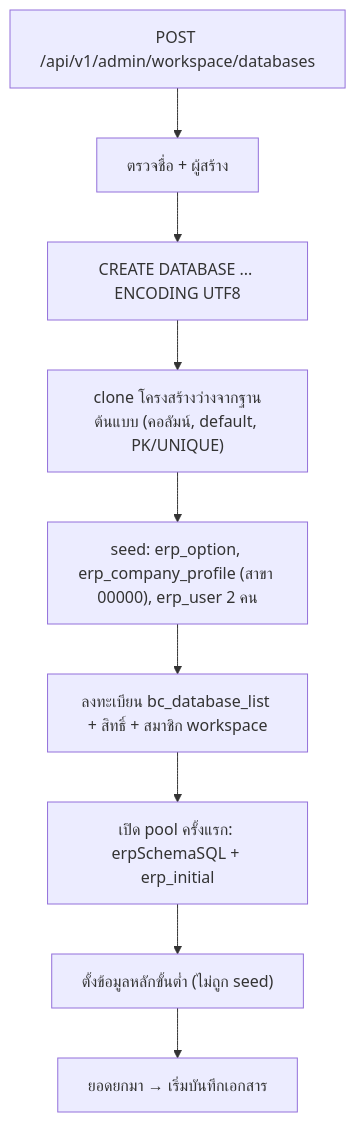
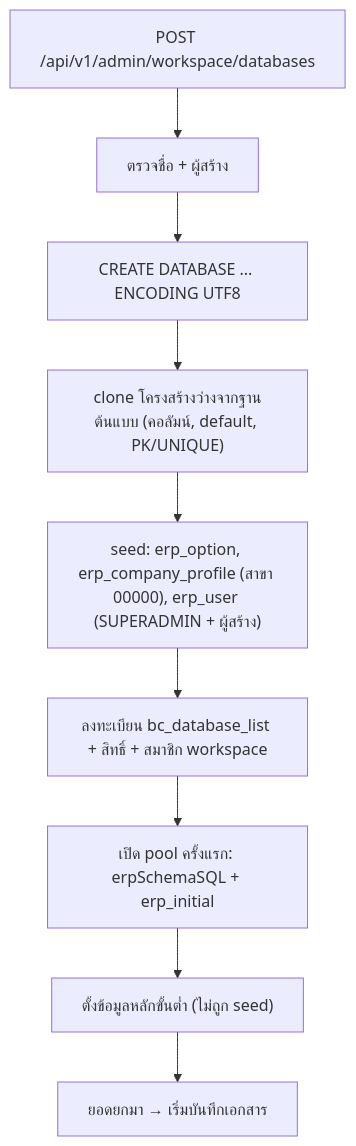
The diagram in vault/flows/flow-new-company-setup.md (jaturapornchai/bcbrain), drawn with Mermaid before and after one commit. The commit also changed other lines of this file and 513 other files, not shown here.

````diff
--- a/vault/flows/flow-new-company-setup.md
+++ b/vault/flows/flow-new-company-setup.md
@@ -13,11 +13,11 @@
 ```mermaid
 flowchart TD
   A["POST /api/v1/admin/workspace/databases"] --> B["ตรวจชื่อ + ผู้สร้าง"]
   B --> C["CREATE DATABASE ... ENCODING UTF8"]
   C --> D["clone โครงสร้างว่างจากฐานต้นแบบ (คอลัมน์, default, PK/UNIQUE)"]
-  D --> E["seed: erp_option, erp_company_profile (สาขา 00000), erp_user 2 คน"]
+  D --> E["seed: erp_option, erp_company_profile (สาขา 00000), erp_user (SUPERADMIN + ผู้สร้าง)"]
   E --> F["ลงทะเบียน bc_database_list + สิทธิ์ + สมาชิก workspace"]
   F --> G["เปิด pool ครั้งแรก: erpSchemaSQL + erp_initial"]
   G --> H["ตั้งข้อมูลหลักขั้นต่ำ (ไม่ถูก seed)"]
   H --> I["ยอดยกมา → เริ่มบันทึกเอกสาร"]
 ```
````
